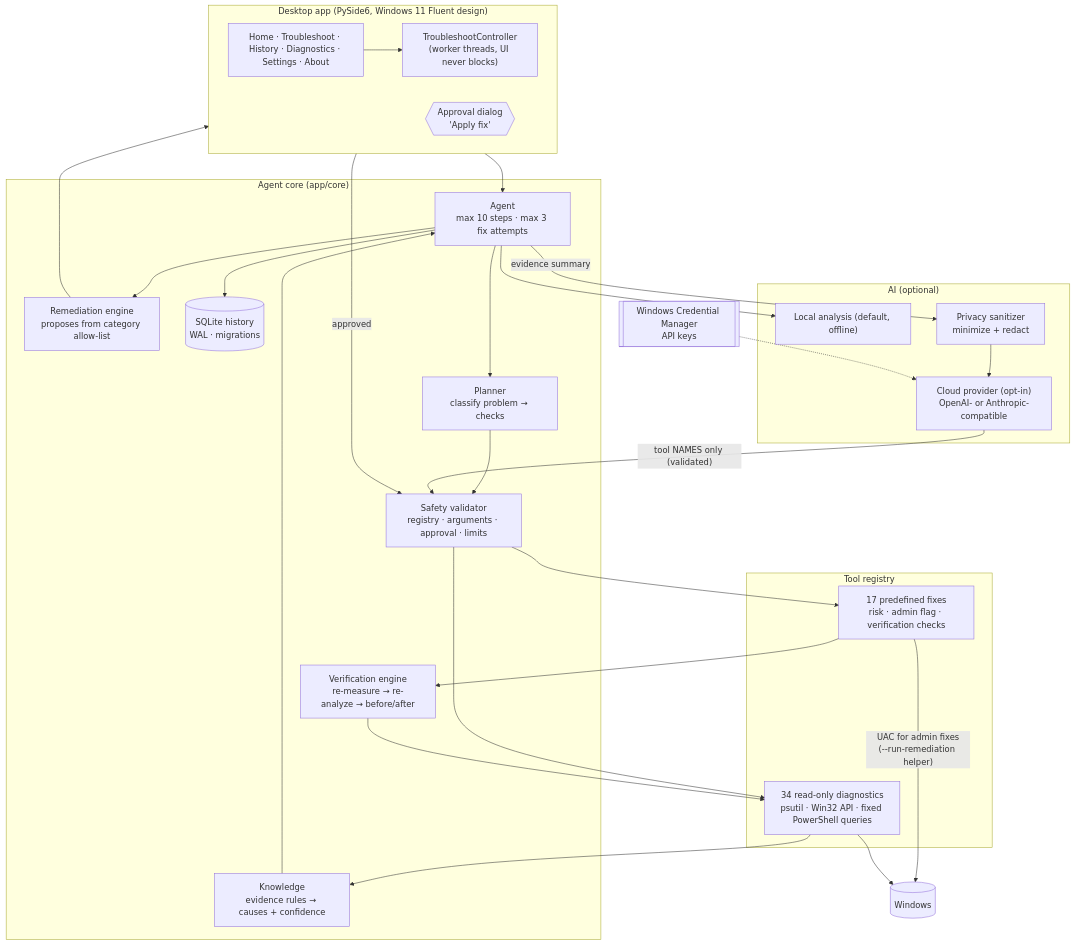
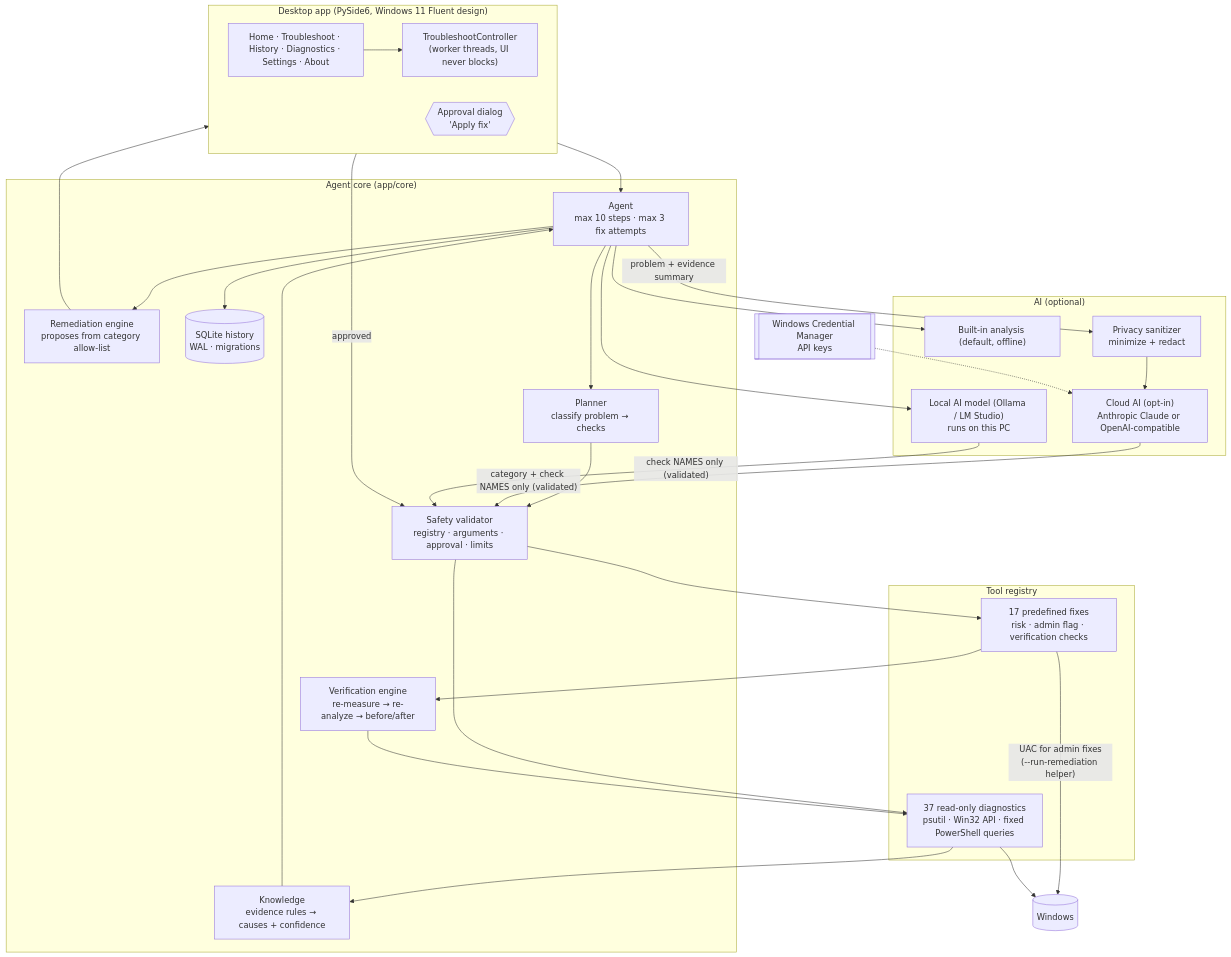
The first of 2 diagrams in README.md (Noyoucringe/WinFix-AI), drawn with Mermaid before and after one commit. The commit also changed other lines of this file and 32 other files, not shown here.

First line of the commit message:
Release 1.0.2: GPU diagnostics, AI-led investigation, local AI models

````diff
--- a/README.md
+++ b/README.md
@@ -59,44 +62,46 @@
 ```mermaid
 flowchart TB
     subgraph UI["Desktop app (PySide6, Windows 11 Fluent design)"]
         direction LR
         Pages["Home · Troubleshoot · History · Diagnostics · Settings · About"]
         Ctrl["TroubleshootController<br/>(worker threads, UI never blocks)"]
         Dlg{{"Approval dialog<br/>'Apply fix'"}}
     end
 
     subgraph Core["Agent core (app/core)"]
         Plan["Planner<br/>classify problem → checks"]
         Agent["Agent<br/>max 10 steps · max 3 fix attempts"]
         Safety["Safety validator<br/>registry · arguments · approval · limits"]
         Know["Knowledge<br/>evidence rules → causes + confidence"]
         Rem["Remediation engine<br/>proposes from category allow-list"]
         Ver["Verification engine<br/>re-measure → re-analyze → before/after"]
         Hist[("SQLite history<br/>WAL · migrations")]
     end
 
     subgraph Tools["Tool registry"]
-        Diag["34 read-only diagnostics<br/>psutil · Win32 API · fixed PowerShell queries"]
+        Diag["37 read-only diagnostics<br/>psutil · Win32 API · fixed PowerShell queries"]
         Fix["17 predefined fixes<br/>risk · admin flag · verification checks"]
     end
 
     subgraph AI["AI (optional)"]
-        Local["Local analysis (default, offline)"]
-        Cloud["Cloud provider (opt-in)<br/>OpenAI- or Anthropic-compatible"]
+        Local["Built-in analysis (default, offline)"]
+        LocalAI["Local AI model (Ollama / LM Studio)<br/>runs on this PC"]
+        Cloud["Cloud AI (opt-in)<br/>Anthropic Claude or OpenAI-compatible"]
         Priv["Privacy sanitizer<br/>minimize + redact"]
     end
 
     Pages --> Ctrl --> Agent
     Agent --> Plan --> Safety --> Diag
     Diag --> Know --> Agent
-    Agent -- "evidence summary" --> Priv --> Cloud
-    Cloud -- "tool NAMES only (validated)" --> Safety
+    Agent -- "problem + evidence summary" --> Priv --> Cloud
+    Cloud -- "category + check NAMES only (validated)" --> Safety
     Agent --> Local
+    Agent --> LocalAI -- "check NAMES only (validated)" --> Safety
     Agent --> Rem --> Dlg
     Dlg -- "approved" --> Safety --> Fix
     Fix -- "UAC for admin fixes<br/>(--run-remediation helper)" --> Win[(Windows)]
     Diag --> Win
     Fix --> Ver --> Diag
     Agent --> Hist
     Keys[["Windows Credential Manager<br/>API keys"]] -.-> Cloud
 ```
````
